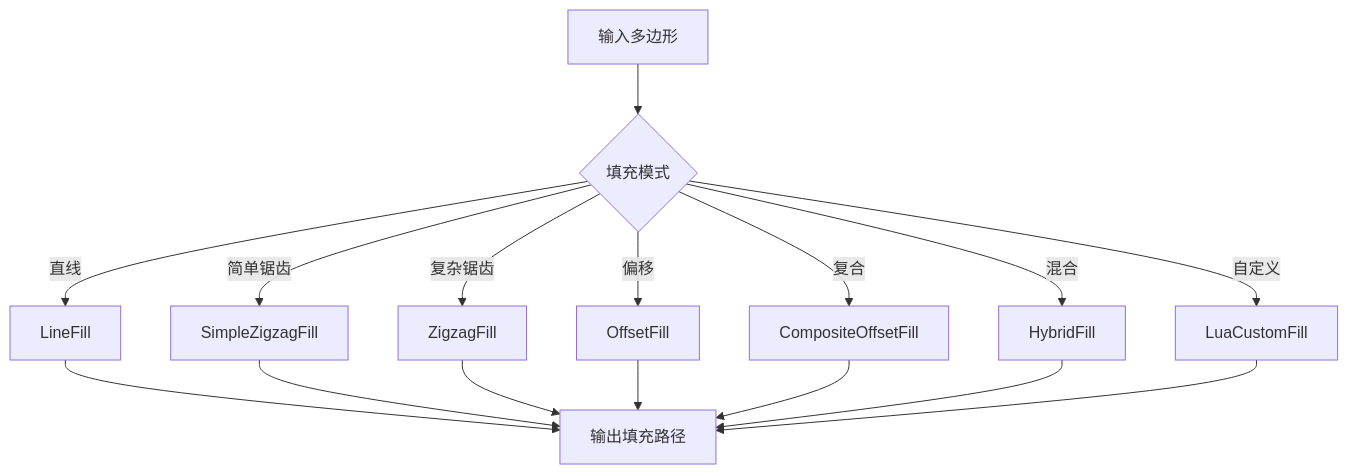
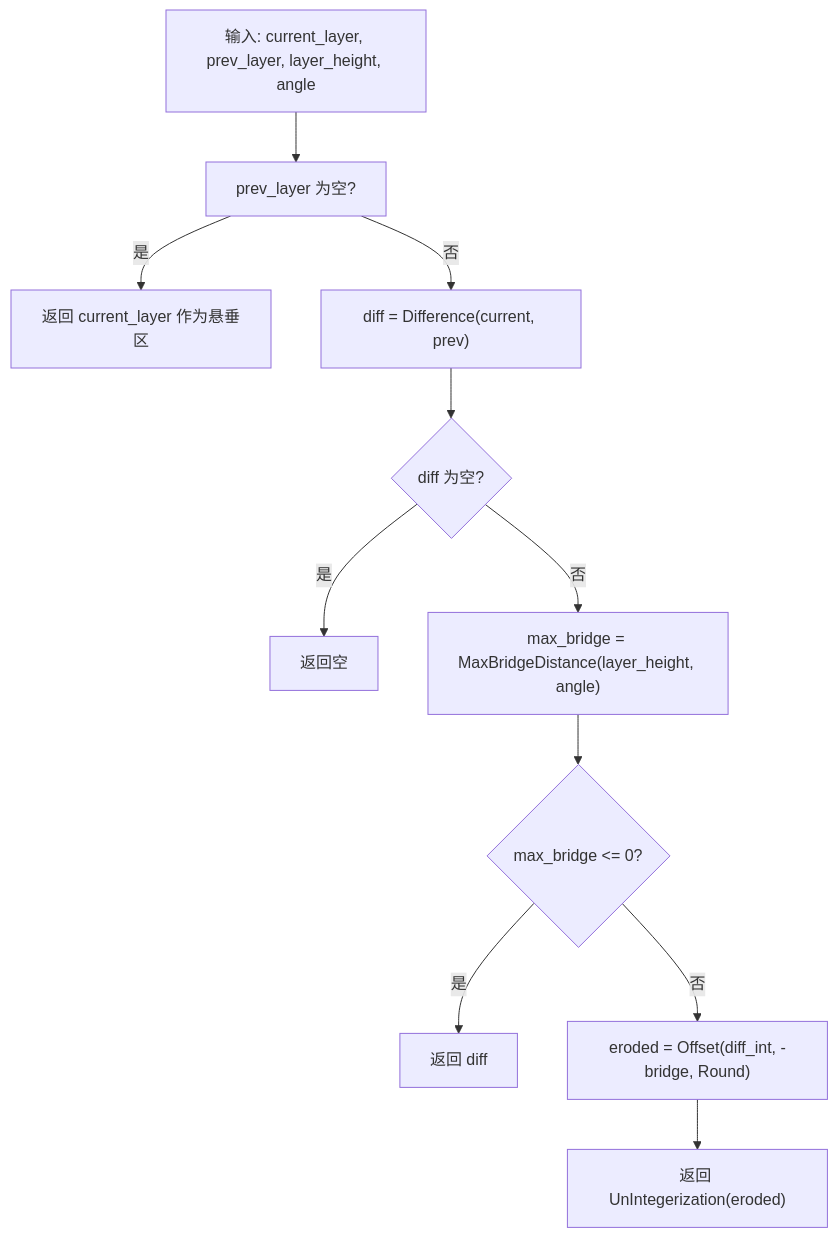
One commit to hsmbanlance/HsBaSlicer changed the fifth of 8 diagrams in .qoder/repowiki/zh/content/核心模块详解/核心模块详解.md. Above: the diagram before and after it, drawn with Mermaid. The commit also changed other lines of this file and 703 other files, not shown here.

````diff
--- a/.qoder/repowiki/zh/content/核心模块详解/核心模块详解.md
+++ b/.qoder/repowiki/zh/content/核心模块详解/核心模块详解.md
@@ -104,18 +233,13 @@
 ```mermaid
 flowchart TD
-A[输入多边形] --> B{填充模式}
-B --> |直线| C[LineFill]
-B --> |简单锯齿| D[SimpleZigzagFill]
-B --> |复杂锯齿| E[ZigzagFill]
-B --> |偏移| F[OffsetFill]
-B --> |复合| G[CompositeOffsetFill]
-B --> |混合| H[HybridFill]
-B --> |自定义| I[LuaCustomFill]
-C --> J[输出填充路径]
-D --> J
-E --> J
-F --> J
-G --> J
-H --> J
-I --> J
+A["输入: current_layer, prev_layer, layer_height, angle"] --> B["prev_layer 为空?"]
+B --> |是| C["返回 current_layer 作为悬垂区"]
+B --> |否| D["diff = Difference(current, prev)"]
+D --> E{"diff 为空?"}
+E --> |是| F["返回空"]
+E --> |否| G["max_bridge = MaxBridgeDistance(layer_height, angle)"]
+G --> H{"max_bridge <= 0?"}
+H --> |是| I["返回 diff"]
+H --> |否| J["eroded = Offset(diff_int, -bridge, Round)"]
+J --> K["返回 UnIntegerization(eroded)"]
 ```
````
